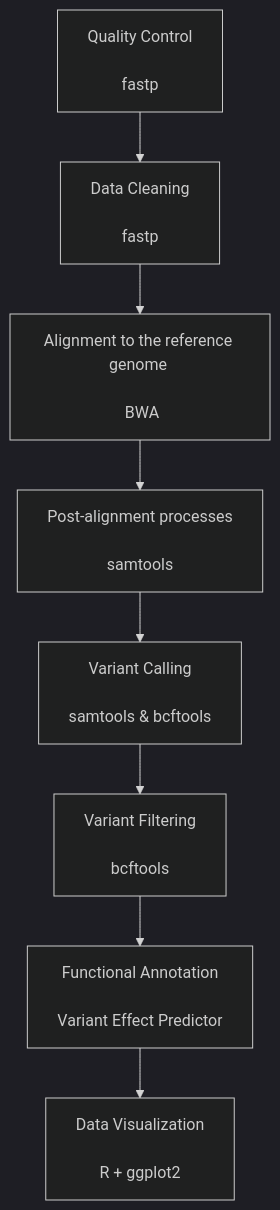
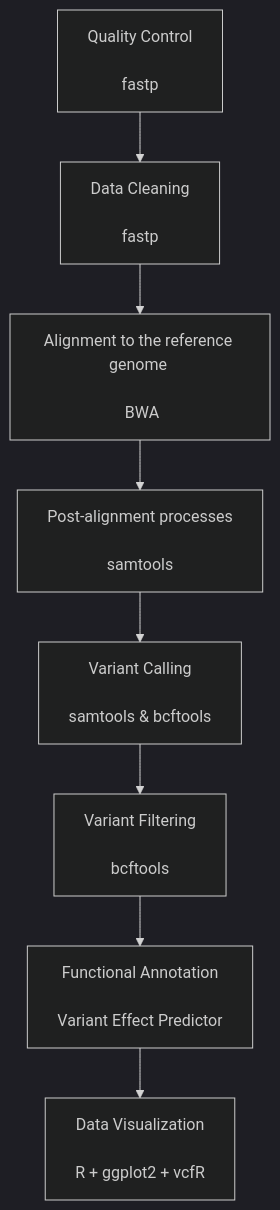
The diagram in RAPORT.md (Hartecky/AnalizaDanychNGS), drawn with Mermaid (dark theme) before and after one commit. The commit also changed other lines of this file and 1 other file, not shown here.

````diff
--- a/RAPORT.md
+++ b/RAPORT.md
@@ -1,16 +24,16 @@
 ```mermaid
 flowchart TD;
     A[Quality Control \n\n fastp] --> B[Data Cleaning \n\n fastp];
     
     B[Data Cleaning \n\n fastp] --> C[Alignment to the reference genome \n\n BWA];
     
     C[Alignment to the reference genome \n\n BWA] --> D[Post-alignment processes \n\n samtools];
     
     D[Post-alignment processes \n\n samtools] --> E[Variant Calling \n\n samtools & bcftools];
     
     E[Variant Calling \n\n samtools & bcftools] --> F[Variant Filtering \n\n bcftools];
     
     F[Variant Filtering \n\n bcftools] --> G[Functional Annotation \n\n Variant Effect Predictor];
     
-    G[Functional Annotation \n\n Variant Effect Predictor] --> H[Data Visualization \n\n R + ggplot2];
+    G[Functional Annotation \n\n Variant Effect Predictor] --> H[Data Visualization \n\n R + ggplot2 + vcfR];
 ```
````
